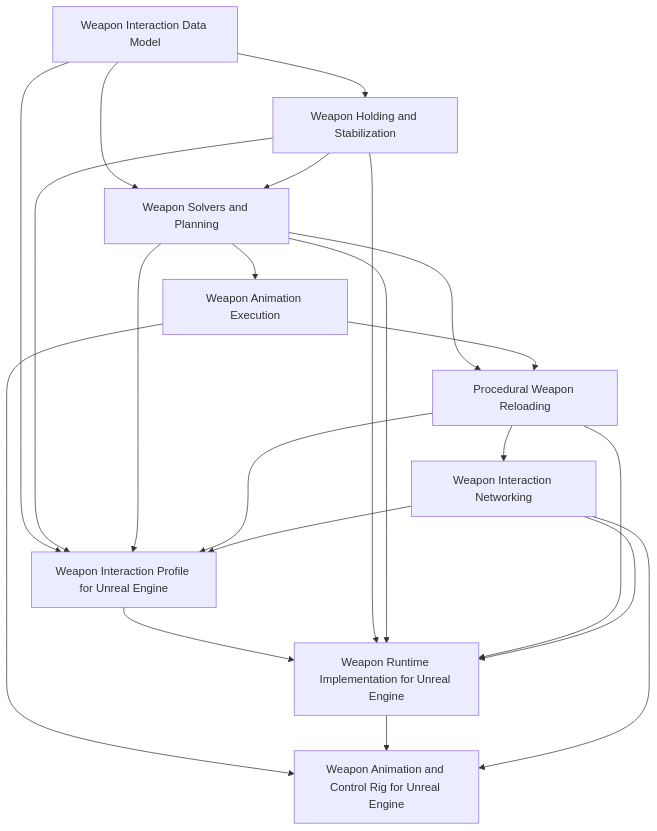
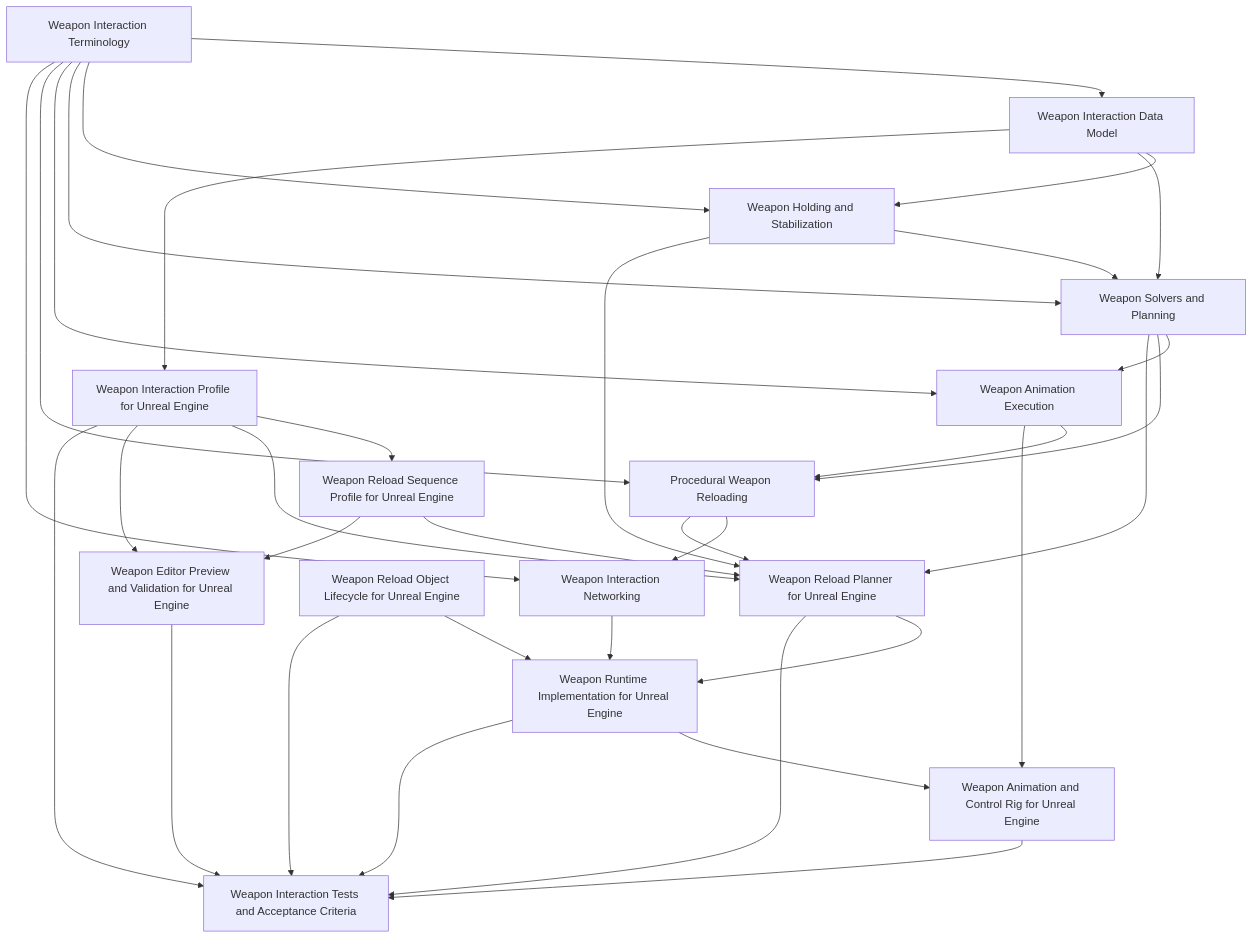
Before and after one commit to o-codify/HumanLocomotionSpecificationDocs: the diagram in docs/12-weapon-interaction/index.md, drawn with Mermaid. The commit also changed other lines of this file, not shown here.

Commit message:
Update weapon interaction index with planner, sequence, lifecycle, preview, tests, and terminology docs

````diff
--- a/docs/12-weapon-interaction/index.md
+++ b/docs/12-weapon-interaction/index.md
@@ -112,33 +137,55 @@
 ```mermaid
 flowchart TD
+    Terms[Weapon Interaction Terminology]
     Data[Weapon Interaction Data Model]
     Holding[Weapon Holding and Stabilization]
     Solvers[Weapon Solvers and Planning]
     AnimExec[Weapon Animation Execution]
     Reload[Procedural Weapon Reloading]
     Net[Weapon Interaction Networking]
     UEProfile[Weapon Interaction Profile for Unreal Engine]
+    UESeq[Weapon Reload Sequence Profile for Unreal Engine]
+    UEPlanner[Weapon Reload Planner for Unreal Engine]
     UERuntime[Weapon Runtime Implementation for Unreal Engine]
+    UEObjects[Weapon Reload Object Lifecycle for Unreal Engine]
     UERig[Weapon Animation and Control Rig for Unreal Engine]
+    UEPreview[Weapon Editor Preview and Validation for Unreal Engine]
+    Tests[Weapon Interaction Tests and Acceptance Criteria]
+
+    Terms --> Data
+    Terms --> Holding
+    Terms --> Solvers
+    Terms --> AnimExec
+    Terms --> Reload
+    Terms --> Net
 
     Data --> Holding
     Data --> Solvers
     Holding --> Solvers
     Solvers --> AnimExec
     Solvers --> Reload
     AnimExec --> Reload
     Reload --> Net
+
     Data --> UEProfile
-    Holding --> UEProfile
-    Solvers --> UEProfile
-    Reload --> UEProfile
-    Net --> UEProfile
-    UEProfile --> UERuntime
-    Holding --> UERuntime
-    Solvers --> UERuntime
-    Reload --> UERuntime
+    UEProfile --> UESeq
+    UEProfile --> UEPlanner
+    UESeq --> UEPlanner
+    Holding --> UEPlanner
+    Solvers --> UEPlanner
+    Reload --> UEPlanner
     Net --> UERuntime
+    UEPlanner --> UERuntime
+    UEObjects --> UERuntime
     AnimExec --> UERig
     UERuntime --> UERig
-    Net --> UERig
+    UEProfile --> UEPreview
+    UESeq --> UEPreview
+
+    UEProfile --> Tests
+    UEPlanner --> Tests
+    UERuntime --> Tests
+    UEObjects --> Tests
+    UERig --> Tests
+    UEPreview --> Tests
 ```
````
